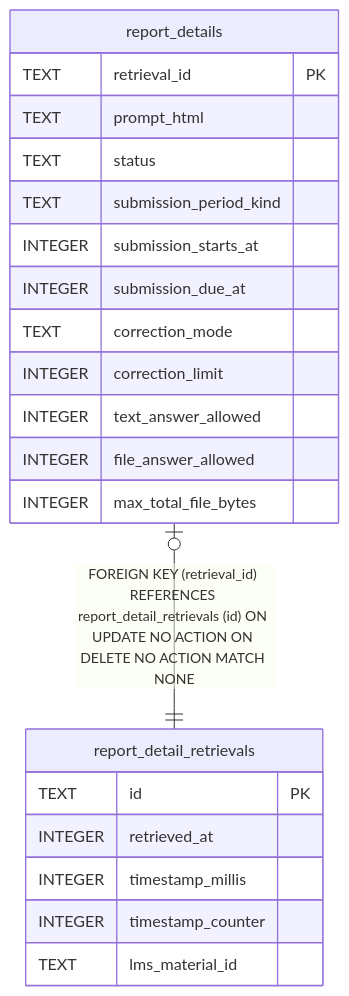
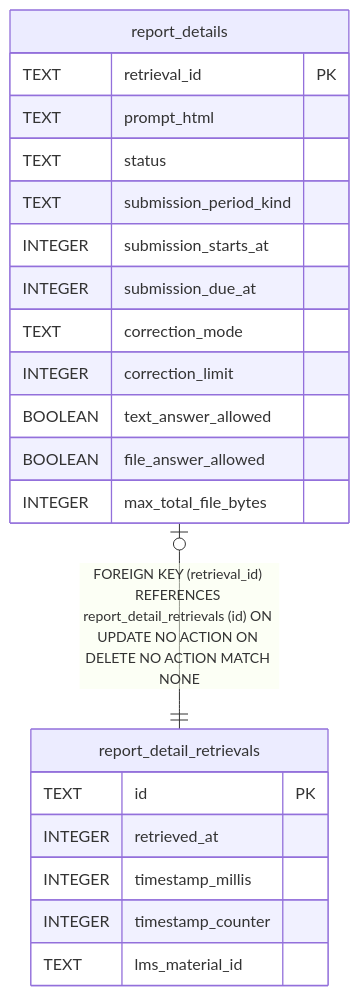
One commit to futsuuu/ku-potato changed the diagram in docs/app-server-db/report_details.md. Above: the diagram before and after it, drawn with Mermaid. The commit also changed other lines of this file and 276 other files, not shown here.

````diff
--- a/docs/app-server-db/report_details.md
+++ b/docs/app-server-db/report_details.md
@@ -77,26 +77,26 @@
 ```mermaid
 erDiagram
 
 "report_details" |o--|| "report_detail_retrievals" : "FOREIGN KEY (retrieval_id) REFERENCES report_detail_retrievals (id) ON UPDATE NO ACTION ON DELETE NO ACTION MATCH NONE"
 
 "report_details" {
   TEXT retrieval_id PK
   TEXT prompt_html
   TEXT status
   TEXT submission_period_kind
   INTEGER submission_starts_at
   INTEGER submission_due_at
   TEXT correction_mode
   INTEGER correction_limit
-  INTEGER text_answer_allowed
-  INTEGER file_answer_allowed
+  BOOLEAN text_answer_allowed
+  BOOLEAN file_answer_allowed
   INTEGER max_total_file_bytes
 }
 "report_detail_retrievals" {
   TEXT id PK
   INTEGER retrieved_at
   INTEGER timestamp_millis
   INTEGER timestamp_counter
   TEXT lms_material_id
 }
 ```
````
